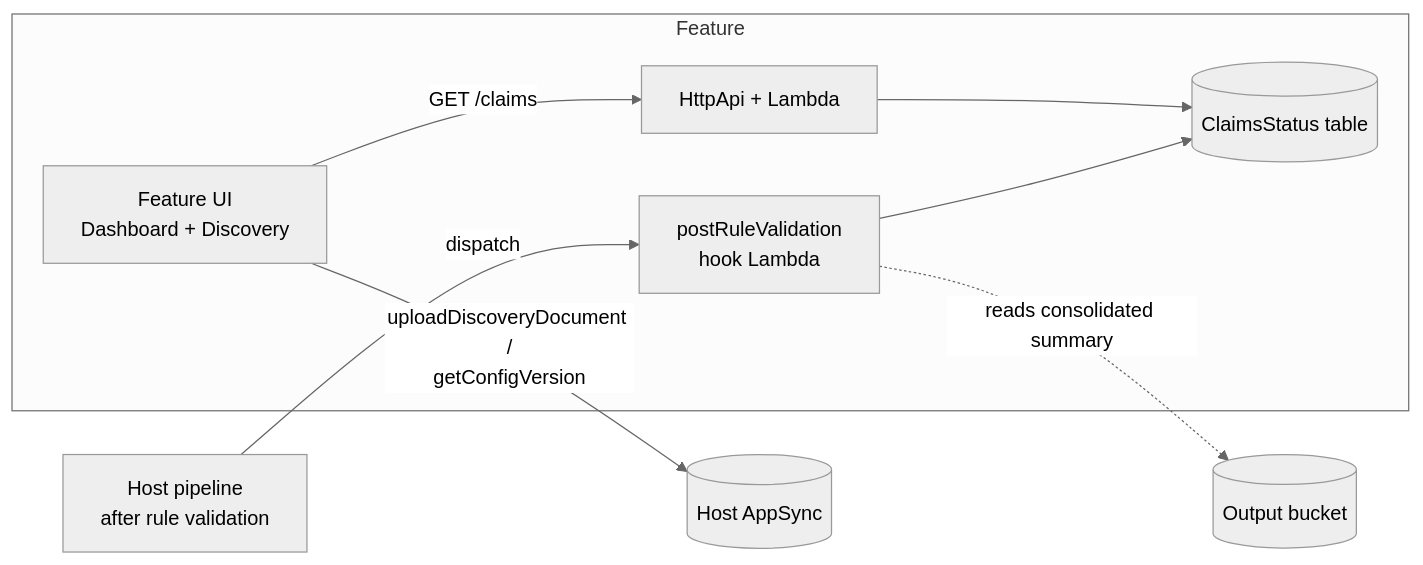
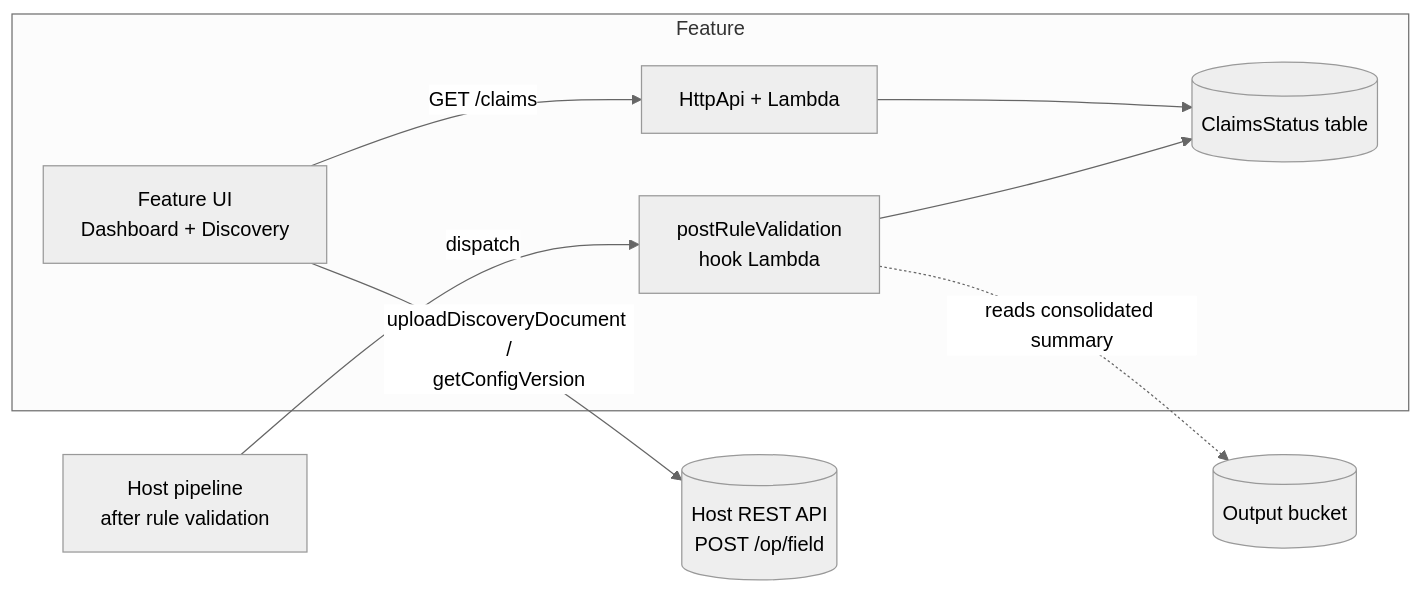
The diagram in feature-platform/sample-health-insurance-review/README.md (aws-solutions-library-samples/accelerated-intelligent-document-processing-on-aws), drawn with Mermaid (neutral theme) before and after one commit. The commit also changed other lines of this file and 57 other files, not shown here.

````diff
--- a/feature-platform/sample-health-insurance-review/README.md
+++ b/feature-platform/sample-health-insurance-review/README.md
@@ -36,13 +36,13 @@
 ```mermaid
 flowchart LR
     subgraph Feature
       UI[Feature UI<br/>Dashboard + Discovery]
       API[HttpApi + Lambda]
       Hook[postRuleValidation<br/>hook Lambda]
       DDB[(ClaimsStatus table)]
     end
     UI -- GET /claims --> API --> DDB
-    UI -- uploadDiscoveryDocument /<br/>getConfigVersion --> HostGQL[(Host AppSync)]
+    UI -- uploadDiscoveryDocument /<br/>getConfigVersion --> HostApi[(Host REST API<br/>POST /op/field)]
     Host[Host pipeline<br/>after rule validation] -- dispatch --> Hook --> DDB
     Hook -. reads consolidated summary .-> OutBkt[(Output bucket)]
 ```
````
